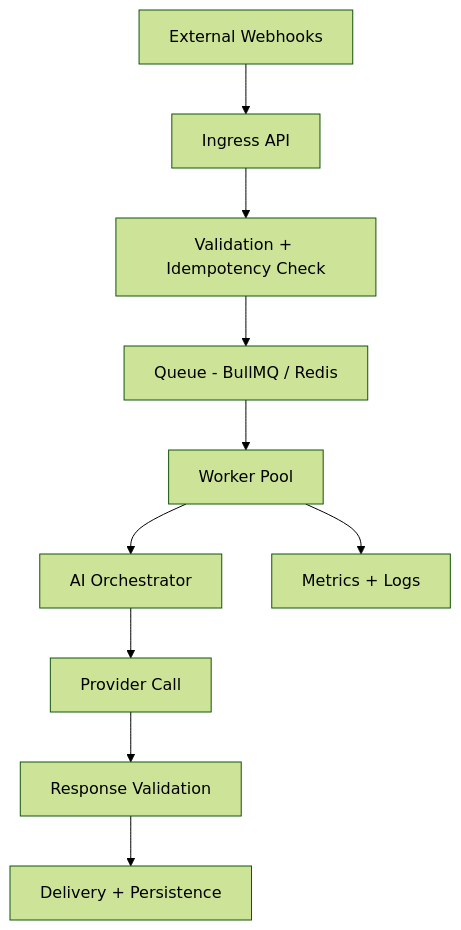
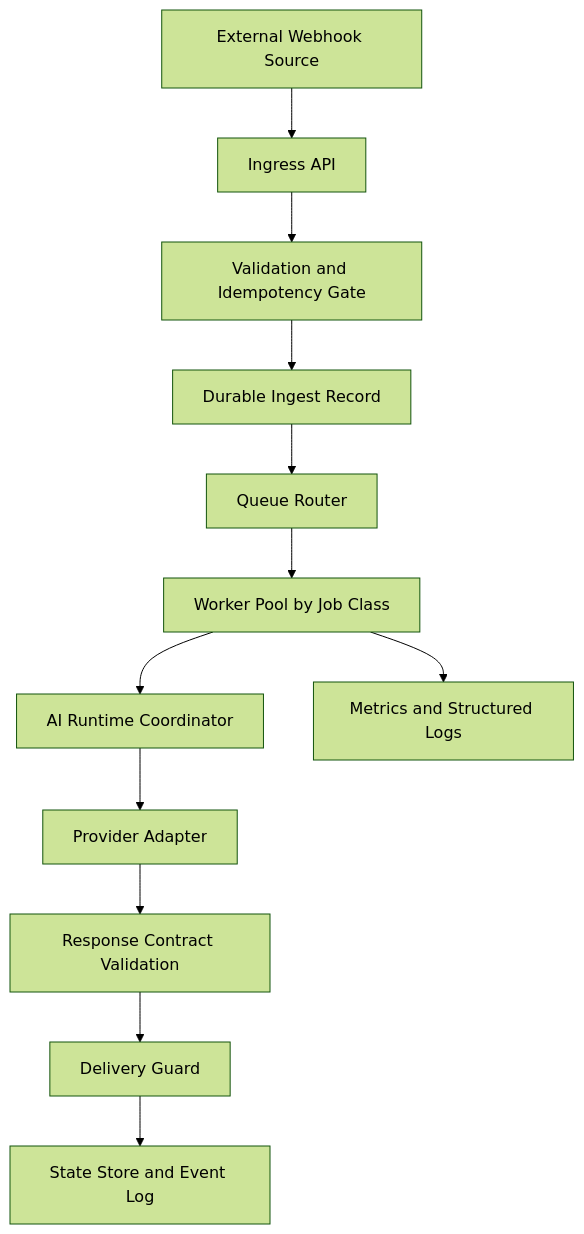
One commit to Ahsankhalid618/ai-automation-system-design changed the diagram in README.md. Above: the diagram before and after it, drawn with Mermaid (forest theme). The commit also changed other lines of this file and 15 other files, not shown here.

````diff
--- a/README.md
+++ b/README.md
@@ -113,22 +78,14 @@
 ```mermaid
 flowchart TD
-
-A[External Webhooks]
---> B[Ingress API]
-
-B --> C[Validation + Idempotency Check]
-
-C --> D[Queue - BullMQ / Redis]
-
-D --> E[Worker Pool]
-
-E --> F[AI Orchestrator]
-
-F --> G[Provider Call]
-
-G --> H[Response Validation]
-
-H --> I[Delivery + Persistence]
-
-E --> J[Metrics + Logs]
+  A[External Webhook Source] --> B[Ingress API]
+  B --> C[Validation and Idempotency Gate]
+  C --> D[Durable Ingest Record]
+  D --> E[Queue Router]
+  E --> F[Worker Pool by Job Class]
+  F --> G[AI Runtime Coordinator]
+  G --> H[Provider Adapter]
+  H --> I[Response Contract Validation]
+  I --> J[Delivery Guard]
+  J --> K[State Store and Event Log]
+  F --> L[Metrics and Structured Logs]
 ```
````
